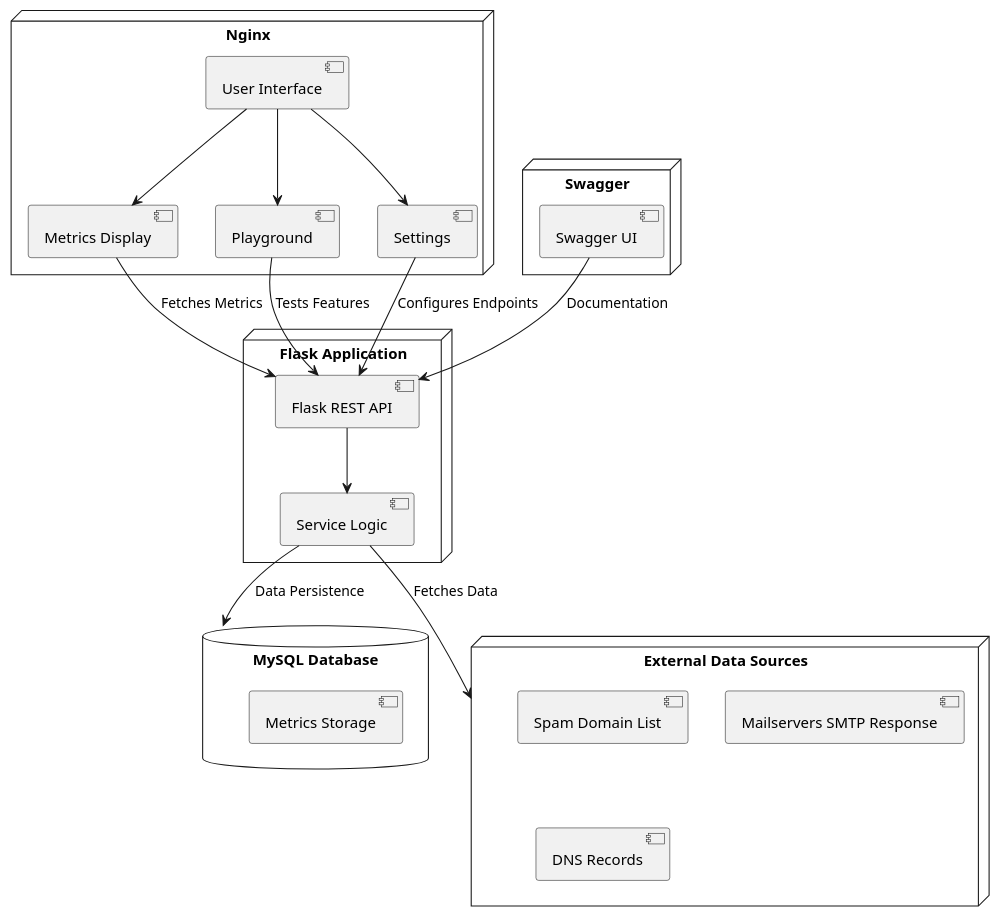
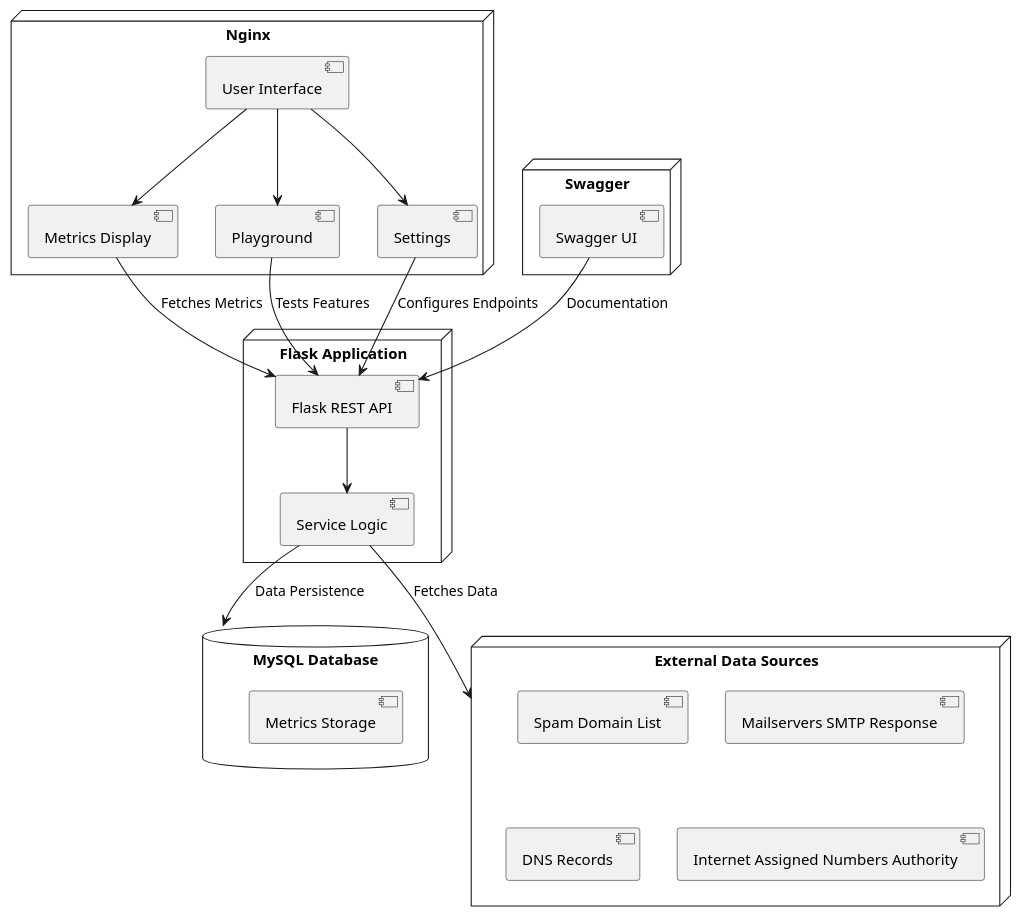
The diagram in uml/deployment_diagram.puml (GlitchDevX/Custos), drawn with PlantUML before and after one commit.

Commit message:
added datasource

```diff
--- a/uml/deployment_diagram.puml
+++ b/uml/deployment_diagram.puml
@@ -1,32 +1,33 @@
 @startuml Deployment Diagram
 node "Nginx" {
     [User Interface] --> [Metrics Display]
     [User Interface] --> [Playground]
     [User Interface] --> [Settings]
 }
 
 node "Flask Application" {
     [Flask REST API] --> [Service Logic]
 }
 
 database "MySQL Database" {
     [Metrics Storage]
 }
 
 node "Swagger" {
     [Swagger UI]
 }
 
 node "External Data Sources" {
     [Spam Domain List]
     [Mailservers SMTP Response]
     [DNS Records]
+    [Internet Assigned Numbers Authority]
 }
 
 [Service Logic] --> [External Data Sources] : Fetches Data
 [Settings] --> [Flask REST API] : Configures Endpoints
 [Playground] --> [Flask REST API] : Tests Features
 [Metrics Display] --> [Flask REST API] : Fetches Metrics
 [Swagger UI] --> [Flask REST API] : Documentation
 [Service Logic] --> [MySQL Database] : Data Persistence
 @enduml
```
